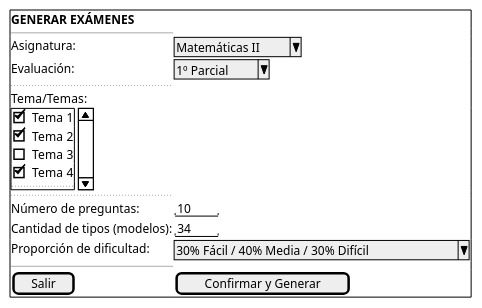
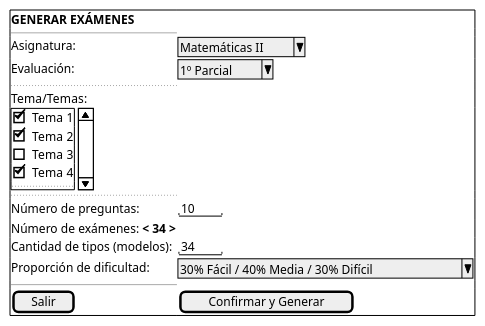
One commit to martinlopez7/25-26-IdSw1-SdR changed the diagram in documents/casos-de-uso/prototipadoCasosDeUso/generarExamenes/generarExamenesConfirmacion.puml. Above: the diagram before and after it, drawn with PlantUML. The commit also changed 13 other files, not shown here.

Commit message:
fix&refactor(cu&mdd): corrige explicaciones, casos de uso, diagrama de estados de examen y añade definiciones al glosario

```diff
--- a/documents/casos-de-uso/prototipadoCasosDeUso/generarExamenes/generarExamenesConfirmacion.puml
+++ b/documents/casos-de-uso/prototipadoCasosDeUso/generarExamenes/generarExamenesConfirmacion.puml
@@ -1,27 +1,28 @@
 @startsalt
 {+
   <b>GENERAR EXÁMENES</b>
   --
   Asignatura: | ^Matemáticas II^
   Evaluación: | ^1º Parcial^
   ..
   
   Tema/Temas:
   {SI
     [X] Tema 1
     [X] Tema 2
     [ ] Tema 3
     [X] Tema 4
     ...
   }
   
   ..
   Número de preguntas:       | "10   "
+  Número de exámenes: **< 34 >**
   Cantidad de tipos (modelos): | "34   "
   Proporción de dificultad:    | ^30% Fácil / 40% Media / 30% Difícil^
   
   --
   
   [ Salir ] | [ Confirmar y Generar ]
 }
 @endsalt
```
